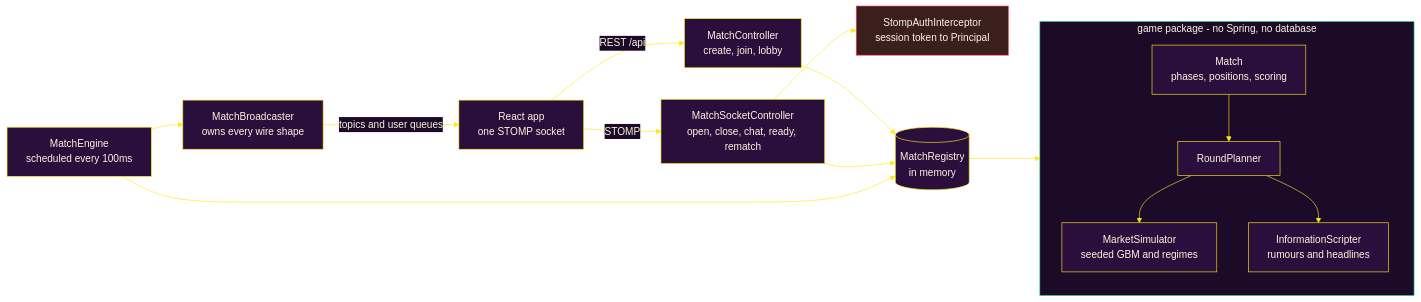
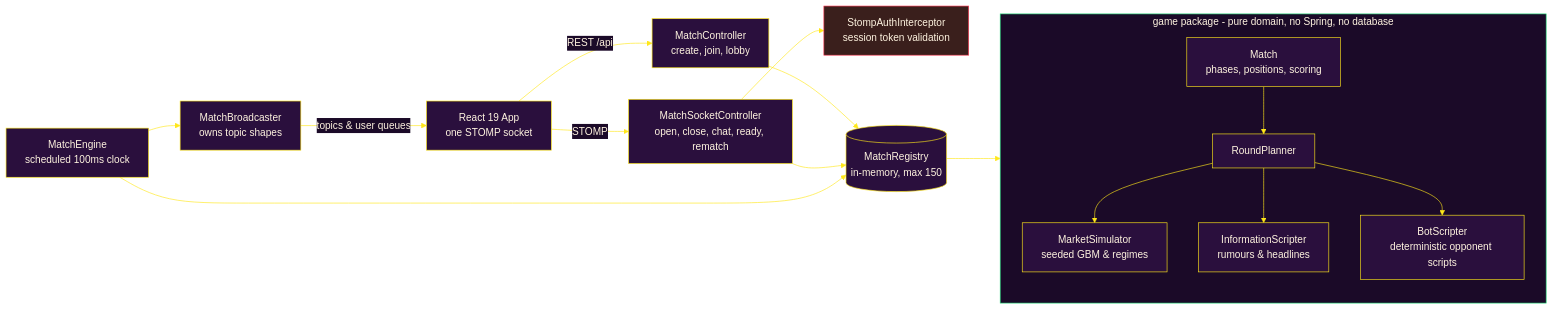
Before and after one commit to pushkqr/stonk-royale: the second of 2 diagrams in README.md, drawn with Mermaid. The commit also changed other lines of this file and 5 other files, not shown here.

````diff
--- a/README.md
+++ b/README.md
@@ -235,31 +70,32 @@
 ```mermaid
 %%{init: {'theme':'base','themeVariables':{'primaryColor':'#2A0F3D','primaryTextColor':'#FFF4E0','primaryBorderColor':'#FFE81A','lineColor':'#FFE81A','clusterBkg':'#1B0A28','clusterBorder':'#9E7EBB','edgeLabelBackground':'#1B0A28','nodeTextColor':'#FFF4E0'}}}%%
 flowchart LR
-    UI["React app<br/>one STOMP socket"]
+    UI["React 19 App<br/>one STOMP socket"]
     API["MatchController<br/>create, join, lobby"]
     SC["MatchSocketController<br/>open, close, chat, ready, rematch"]
-    AUTH["StompAuthInterceptor<br/>session token to Principal"]
-    BC["MatchBroadcaster<br/>owns every wire shape"]
-    ENG["MatchEngine<br/>scheduled every 100ms"]
-    REG[("MatchRegistry<br/>in memory")]
+    AUTH["StompAuthInterceptor<br/>session token validation"]
+    BC["MatchBroadcaster<br/>owns topic shapes"]
+    ENG["MatchEngine<br/>scheduled 100ms clock"]
+    REG[("MatchRegistry<br/>in-memory, max 150")]
 
     UI -->|"REST /api"| API
     UI -->|"STOMP"| SC
     SC --> AUTH
     API --> REG
     SC --> REG
     ENG --> REG
     ENG --> BC
-    BC -->|"topics and user queues"| UI
+    BC -->|"topics & user queues"| UI
     REG --> M
 
-    subgraph GAME["game package - no Spring, no database"]
+    subgraph GAME["game package - pure domain, no Spring, no database"]
         direction TB
         M["Match<br/>phases, positions, scoring"] --> RP["RoundPlanner"]
-        RP --> SIM["MarketSimulator<br/>seeded GBM and regimes"]
-        RP --> INFO["InformationScripter<br/>rumours and headlines"]
+        RP --> SIM["MarketSimulator<br/>seeded GBM & regimes"]
+        RP --> INFO["InformationScripter<br/>rumours & headlines"]
+        RP --> BOTS["BotScripter<br/>deterministic opponent scripts"]
     end
 
     style AUTH fill:#3A1F1C,stroke:#FF3B54,color:#FFF4E0
     style GAME fill:#1B0A28,stroke:#21E07A,color:#FFF4E0
 ```
````
